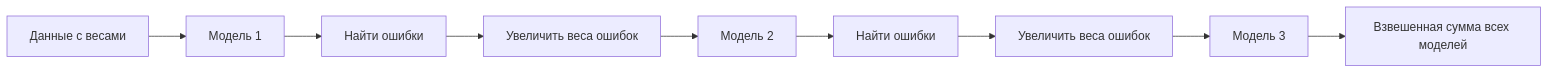
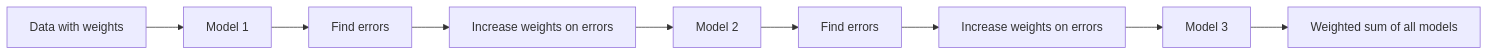
One commit to stabuev/ai-engineering-from-scratch changed the second of 3 diagrams in phases/02-ml-fundamentals/11-ensemble-methods/docs/ru.md. Above: the diagram before and after it, drawn with Mermaid. The commit also changed other lines of this file and 182 other files, not shown here.

````diff
--- a/phases/02-ml-fundamentals/11-ensemble-methods/docs/ru.md
+++ b/phases/02-ml-fundamentals/11-ensemble-methods/docs/ru.md
@@ -76,11 +76,11 @@
 ```mermaid
 flowchart LR
-    D[Данные с весами] --> M1[Модель 1]
-    M1 --> E1[Найти ошибки]
-    E1 --> W1[Увеличить веса ошибок]
-    W1 --> M2[Модель 2]
-    M2 --> E2[Найти ошибки]
-    E2 --> W2[Увеличить веса ошибок]
-    W2 --> M3[Модель 3]
-    M3 --> F[Взвешенная сумма всех моделей]
+    D[Data with weights] --> M1[Model 1]
+    M1 --> E1[Find errors]
+    E1 --> W1[Increase weights on errors]
+    W1 --> M2[Model 2]
+    M2 --> E2[Find errors]
+    E2 --> W2[Increase weights on errors]
+    W2 --> M3[Model 3]
+    M3 --> F[Weighted sum of all models]
 ```
````
